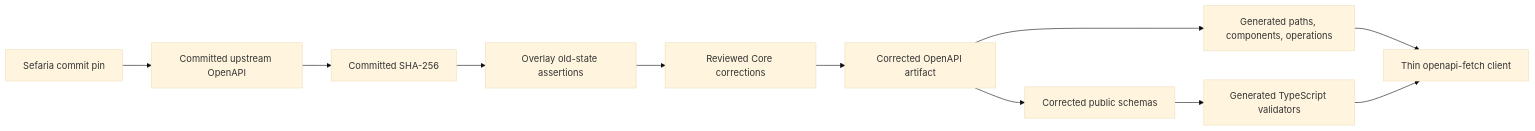
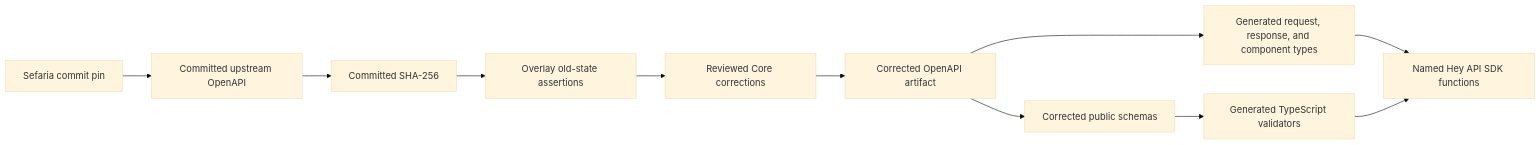
The diagram in docs/specs/client.md (Arithmomaniac/sefaria-web-components), drawn with Mermaid (base theme) before and after one commit. The commit also changed other lines of this file and 48 other files, not shown here.

Commit message:
Generate validated Sefaria client SDK

````diff
--- a/docs/specs/client.md
+++ b/docs/specs/client.md
@@ -56,13 +57,13 @@
 ```mermaid
 flowchart LR
     PIN["Sefaria commit pin"] --> INPUT["Committed upstream OpenAPI"]
     INPUT --> HASH["Committed SHA-256"]
     HASH --> ASSERT["Overlay old-state assertions"]
     ASSERT --> OVERLAY["Reviewed Core corrections"]
     OVERLAY --> CORRECTED["Corrected OpenAPI artifact"]
-    CORRECTED --> TYPES["Generated paths, components, operations"]
+    CORRECTED --> TYPES["Generated request, response, and component types"]
     CORRECTED --> SCHEMAS["Corrected public schemas"]
     SCHEMAS --> VALIDATORS["Generated TypeScript validators"]
-    TYPES --> CLIENT["Thin openapi-fetch client"]
+    TYPES --> CLIENT["Named Hey API SDK functions"]
     VALIDATORS --> CLIENT
 ```
````
